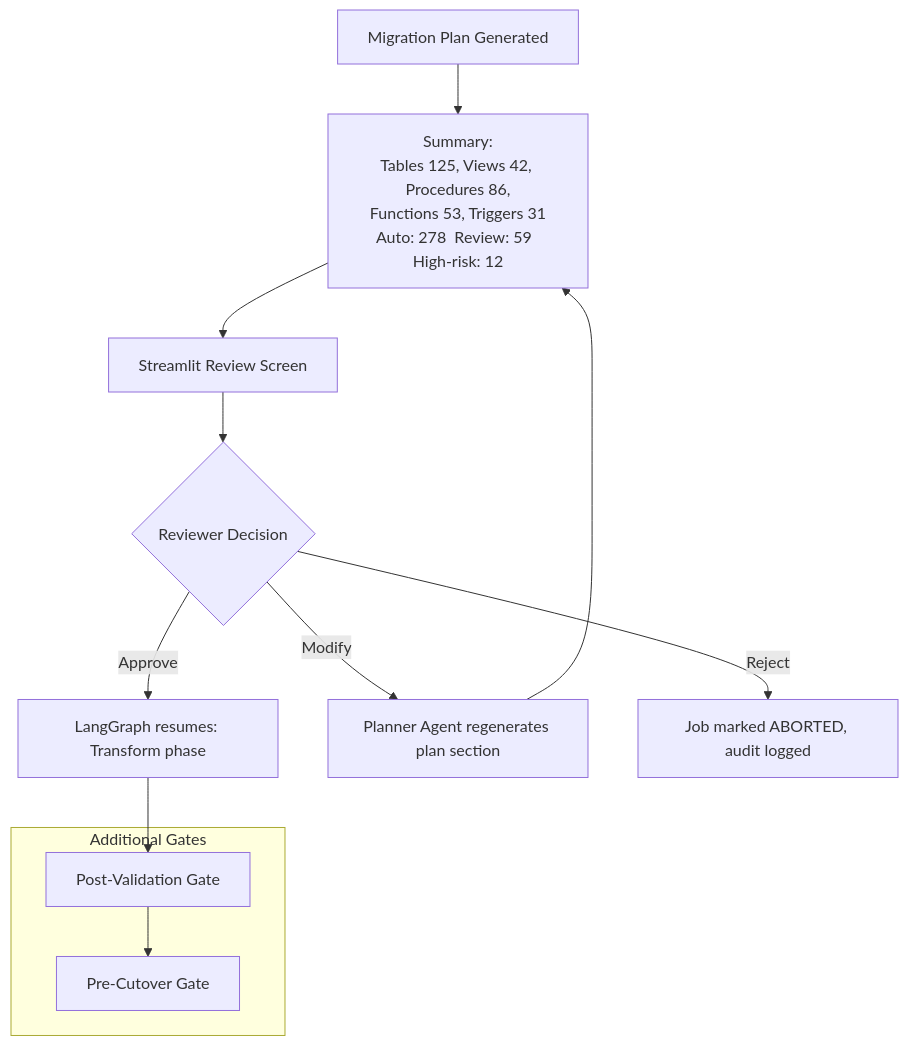
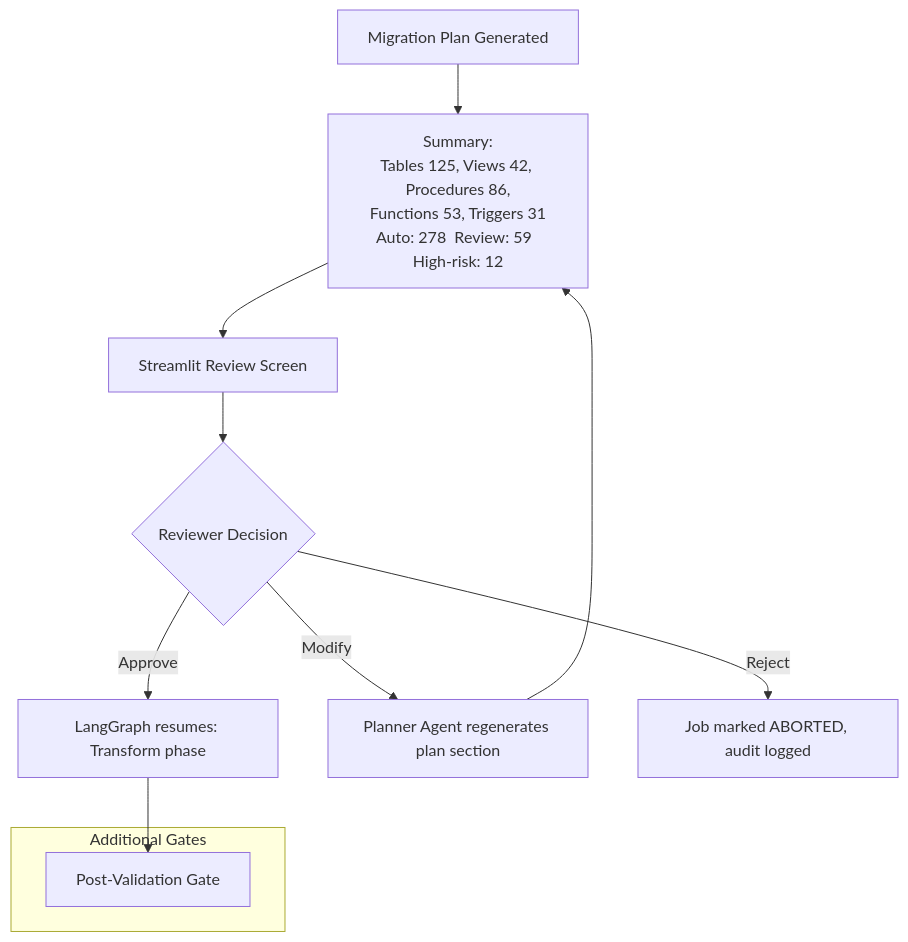
Diagram 11 of 15 in docs/architecture.md (dev-patel-ness/Agentic-AI-Database-Migration), drawn with Mermaid before and after one commit. The commit also changed other lines of this file and 7 other files, not shown here.

Commit message:
Remove implementation plan and job ID file; update PowerPoint outline with detailed architecture, workflow, and demo scenarios for the Agentic AI-Powered Database Migration Platform.

````diff
--- a/docs/architecture.md
+++ b/docs/architecture.md
@@ -537,16 +451,15 @@
 ```mermaid
 flowchart TD
     Plan[Migration Plan Generated] --> Summary["Summary:\nTables 125, Views 42, Procedures 86,\nFunctions 53, Triggers 31\nAuto: 278  Review: 59  High-risk: 12"]
     Summary --> UI[Streamlit Review Screen]
     UI --> Decision{Reviewer Decision}
     Decision -->|Approve| Proceed[LangGraph resumes: Transform phase]
     Decision -->|Modify| Adjust[Planner Agent regenerates plan section]
     Decision -->|Reject| Abort[Job marked ABORTED, audit logged]
     Adjust --> Summary
 
     subgraph Additional Gates
         G1[Post-Validation Gate]
-        G2[Pre-Cutover Gate]
     end
-    Proceed --> G1 --> G2
+    Proceed --> G1
 ```
````
